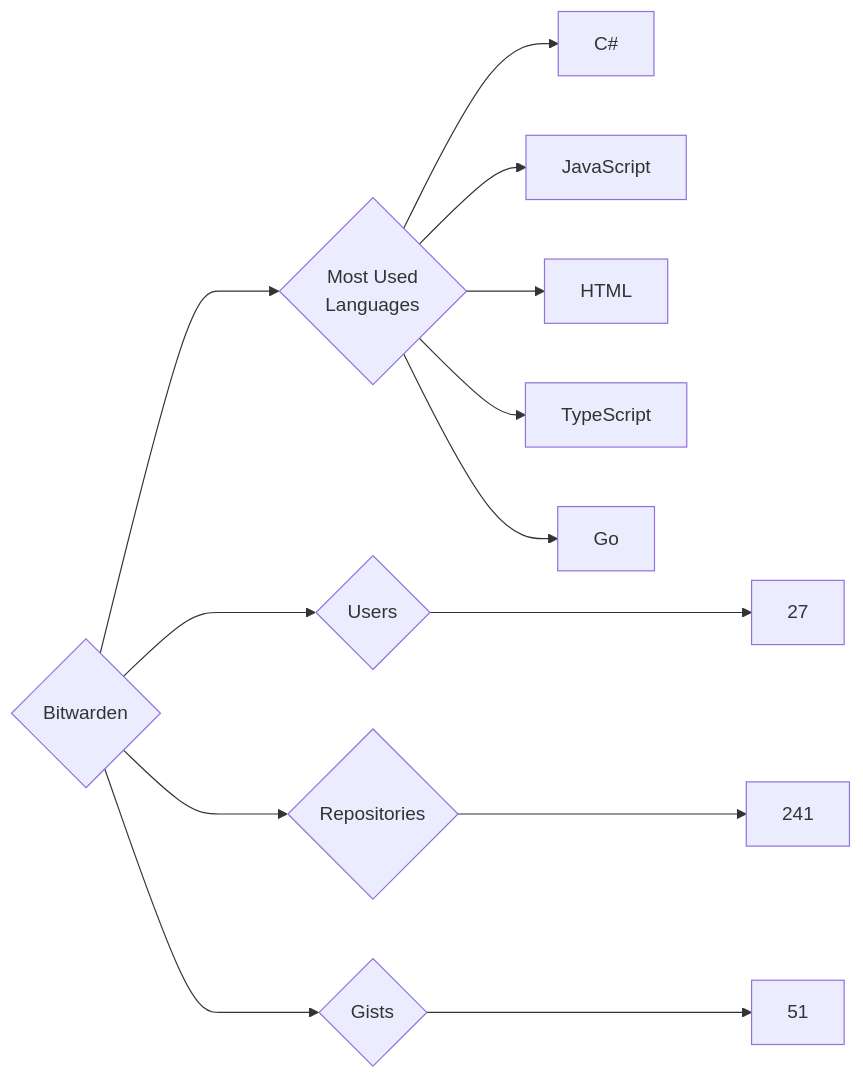
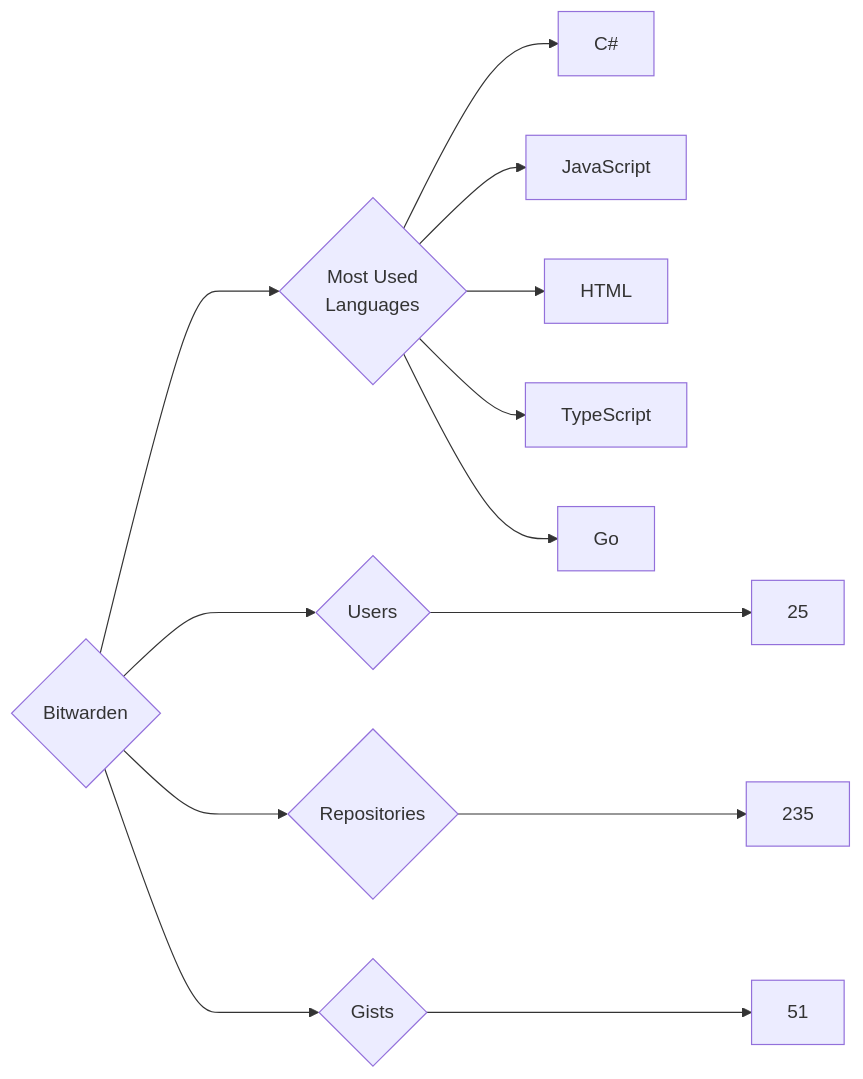
The diagram in targets/Bitwarden/README.md (trickest/insiders), drawn with Mermaid before and after one commit. The commit also changed 679 other files, not shown here.

````diff
--- a/targets/Bitwarden/README.md
+++ b/targets/Bitwarden/README.md
@@ -3,13 +3,13 @@
 ```mermaid
 graph LR
 COMPANY_NAME{Bitwarden}
-COMPANY_NAME ---> U{Users} ---> UN[27]
-COMPANY_NAME ---> R{Repositories} ---> RN[241]
+COMPANY_NAME ---> U{Users} ---> UN[25]
+COMPANY_NAME ---> R{Repositories} ---> RN[235]
 COMPANY_NAME ---> G{Gists} ---> GN[51]
 COMPANY_NAME ---> ML{Most Used<br>Languages}
 ML --> C#[C#]
 ML --> JavaScript[JavaScript]
 ML --> HTML[HTML]
 ML --> TypeScript[TypeScript]
 ML --> Go[Go]
 ```
````
